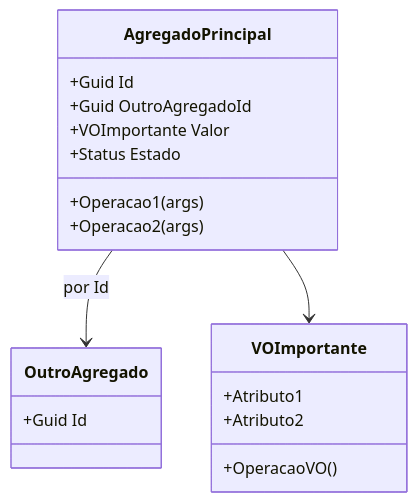
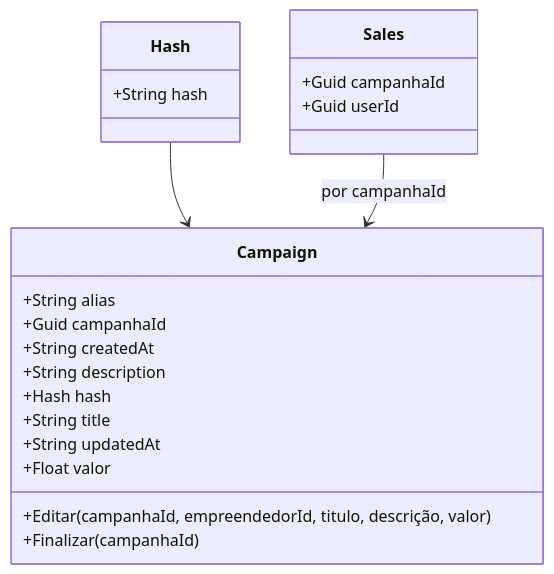
One commit to marcegs/DDD-1 changed the diagram in README_Aula_03_workingInProgress.md. Above: the diagram before and after it, drawn with Mermaid. The commit also changed other lines of this file, not shown here.

````diff
--- a/README_Aula_03_workingInProgress.md
+++ b/README_Aula_03_workingInProgress.md
@@ -109,24 +112,27 @@
 ```mermaid
 classDiagram
-  class AgregadoPrincipal {
-    +Guid Id
-    +Guid OutroAgregadoId
-    +VOImportante Valor
-    +Status Estado
-    +Operacao1(args)
-    +Operacao2(args)
+  class Campaign {
+    +String alias
+	+Guid campanhaId
+	+String createdAt
+	+String description
+	+Hash hash
+	+String title
+	+String updatedAt
+	+Float valor
+    +Editar(campanhaId, empreendedorId, titulo, descrição, valor)
+    +Finalizar(campanhaId)
   }
 
-  class VOImportante {
-    +Atributo1
-    +Atributo2
-    +OperacaoVO()
+  class Hash {
+    +String hash
   }
 
-  class OutroAgregado {
-    +Guid Id
+  class Sales {
+    +Guid campanhaId
+    +Guid userId
   }
 
-  AgregadoPrincipal --> OutroAgregado : por Id
-  AgregadoPrincipal --> VOImportante
+  Hash --> Campaign
+  Sales --> Campaign : por campanhaId
 ```
````
